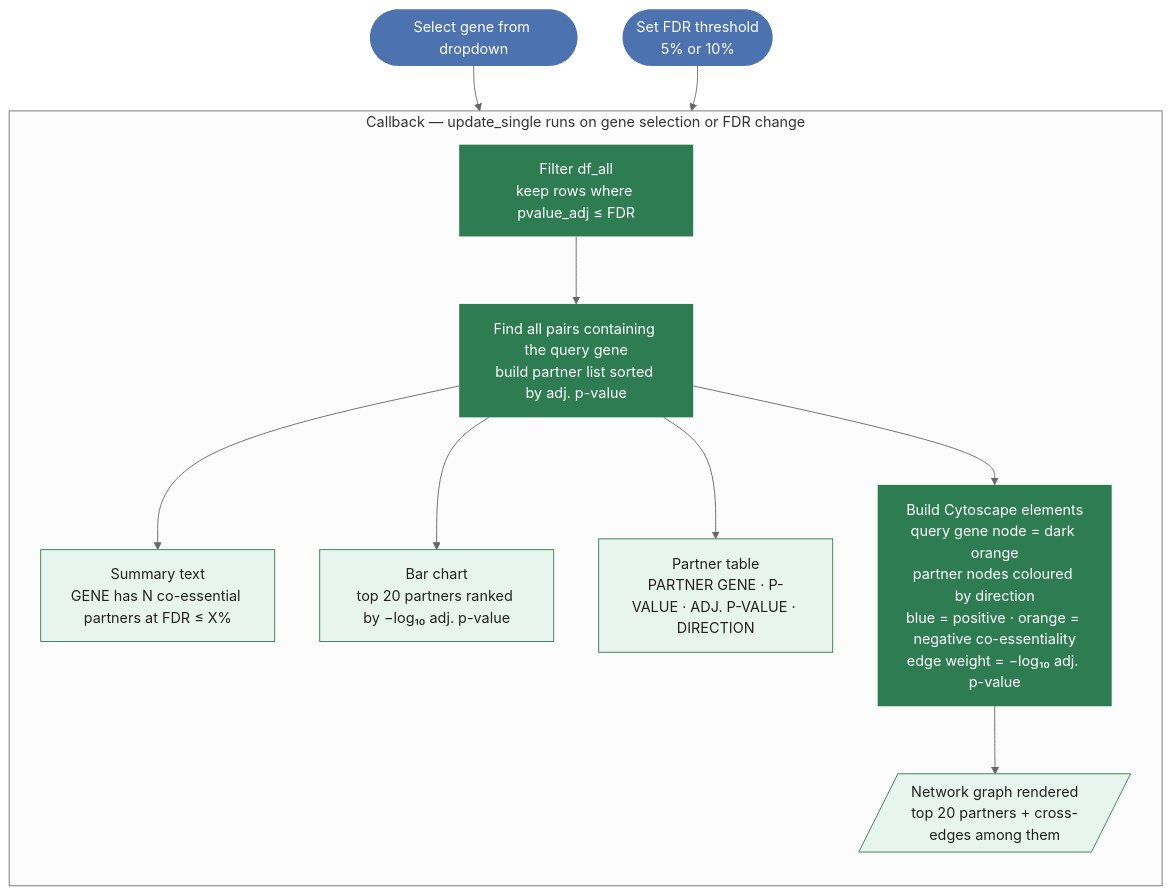
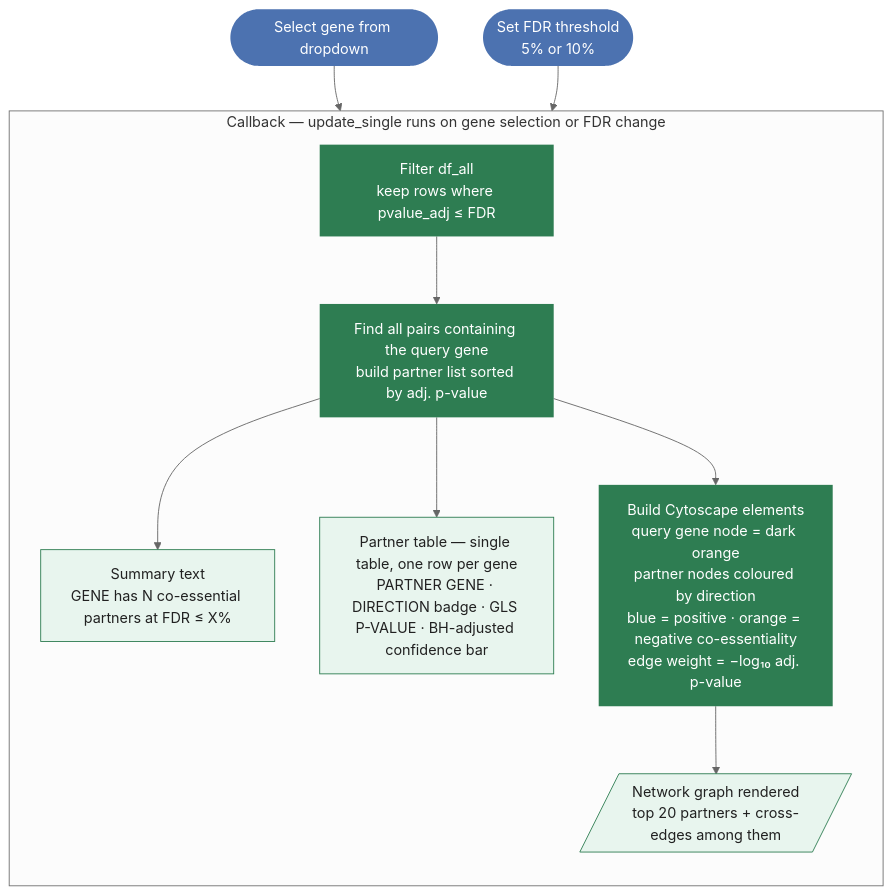
The second of 3 diagrams in coessentiality_feature/documentation/single_gene_workflow.md (EMBL-EBI-ABC/PerturbationCatalogue), drawn with Mermaid (neutral theme) before and after one commit. The commit also changed other lines of this file and 5 other files, not shown here.

First line of the commit message:
Add bare-minimum structural fix for single-gene table (Comment 17), resolve colour distinction (Comment 18)

````diff
--- a/coessentiality_feature/documentation/single_gene_workflow.md
+++ b/coessentiality_feature/documentation/single_gene_workflow.md
@@ -30,26 +30,25 @@
 ```mermaid
 flowchart TD
 
 classDef user  fill:#4C72B0,color:#fff,stroke:none,rx:16
 classDef fast  fill:#2E7D52,color:#fff,stroke:none
 classDef out   fill:#E8F5EE,color:#212121,stroke:#2E7D52
 
 A([Select gene from dropdown]):::user
 B([Set FDR threshold\n5% or 10%]):::user
 
 subgraph CB["Callback — update_single  runs on gene selection or FDR change"]
     direction TB
     C[Filter df_all\nkeep rows where pvalue_adj ≤ FDR]:::fast
     D[Find all pairs containing the query gene\nbuild partner list sorted by adj. p-value]:::fast
     C --> D
 
     D --> E[Summary text\nGENE has N co-essential partners at FDR ≤ X%]:::out
-    D --> F[Bar chart\ntop 20 partners ranked by −log₁₀ adj. p-value]:::out
-    D --> G[Partner table\nPARTNER GENE · P-VALUE · ADJ. P-VALUE · DIRECTION]:::out
+    D --> G[Partner table — single table, one row per gene\nPARTNER GENE · DIRECTION badge · GLS P-VALUE · BH-adjusted confidence bar]:::out
     D --> H[Build Cytoscape elements\nquery gene node = dark orange\npartner nodes coloured by direction\nblue = positive · orange = negative co-essentiality\nedge weight = −log₁₀ adj. p-value]:::fast
     H --> I[/Network graph rendered\ntop 20 partners + cross-edges among them/]:::out
 end
 
 A --> C
 B --> C
 ```
````
